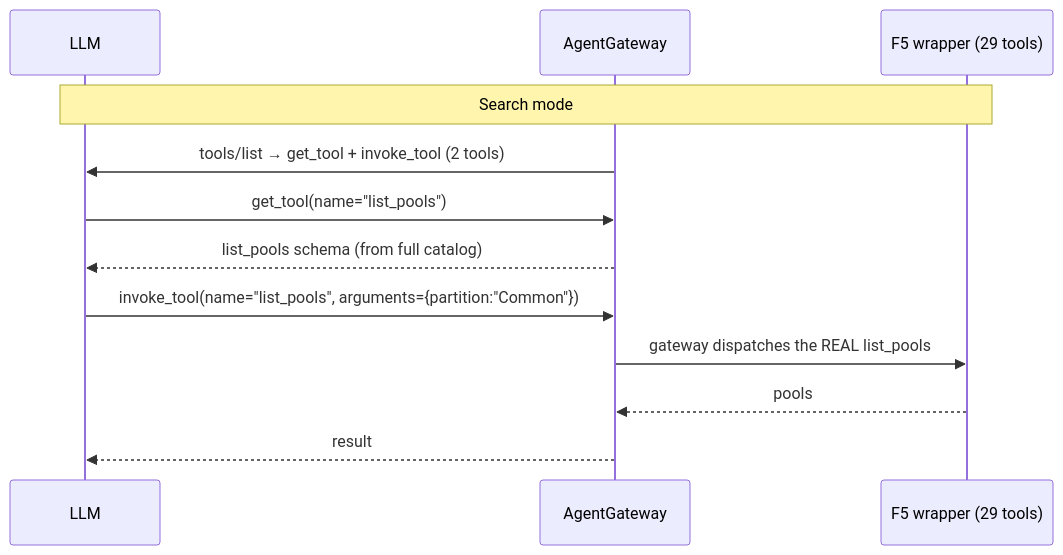
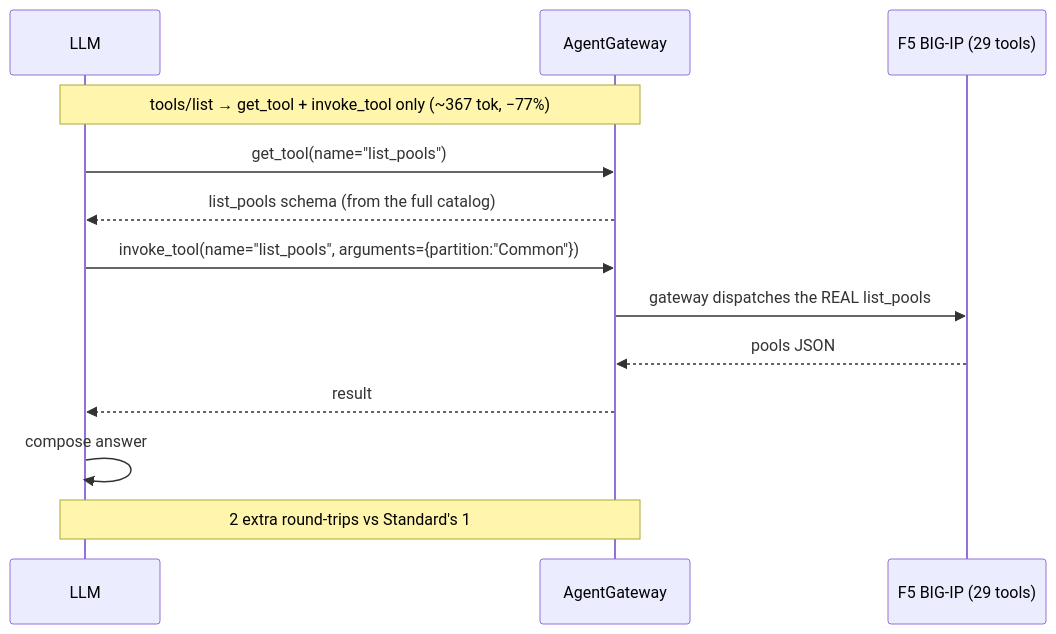
One commit to sebbycorp/agentgateway-demos changed the second of 5 diagrams in 103-agw-tokenomics-with-f5-tool-modes/README.md. Above: the diagram before and after it, drawn with Mermaid. The commit also changed other lines of this file, not shown here.

First line of the commit message:
docs(103): flow-first README — Search/Code money story + live reruns

````diff
--- a/103-agw-tokenomics-with-f5-tool-modes/README.md
+++ b/103-agw-tokenomics-with-f5-tool-modes/README.md
@@ -19,14 +64,15 @@
 ```mermaid
 sequenceDiagram
     participant M as LLM
     participant G as AgentGateway
-    participant F as F5 wrapper (29 tools)
-    Note over M,F: Search mode
-    G->>M: tools/list → get_tool + invoke_tool (2 tools)
+    participant F as F5 BIG-IP (29 tools)
+    Note over M,G: tools/list → get_tool + invoke_tool only (~367 tok, −77%)
     M->>G: get_tool(name="list_pools")
-    G-->>M: list_pools schema (from full catalog)
+    G-->>M: list_pools schema (from the full catalog)
     M->>G: invoke_tool(name="list_pools", arguments={partition:"Common"})
     G->>F: gateway dispatches the REAL list_pools
-    F-->>G: pools
+    F-->>G: pools JSON
     G-->>M: result
+    M->>M: compose answer
+    Note over M,G: 2 extra round-trips vs Standard's 1
 ```
````
